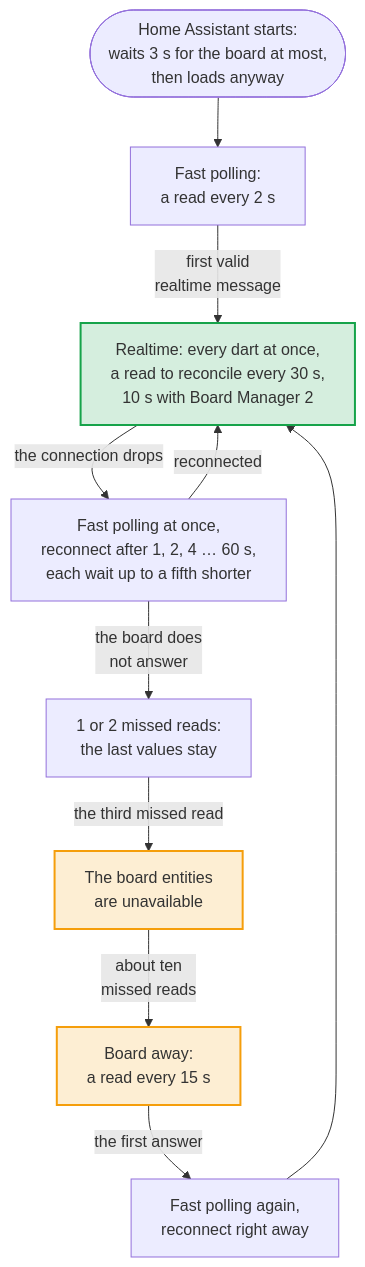
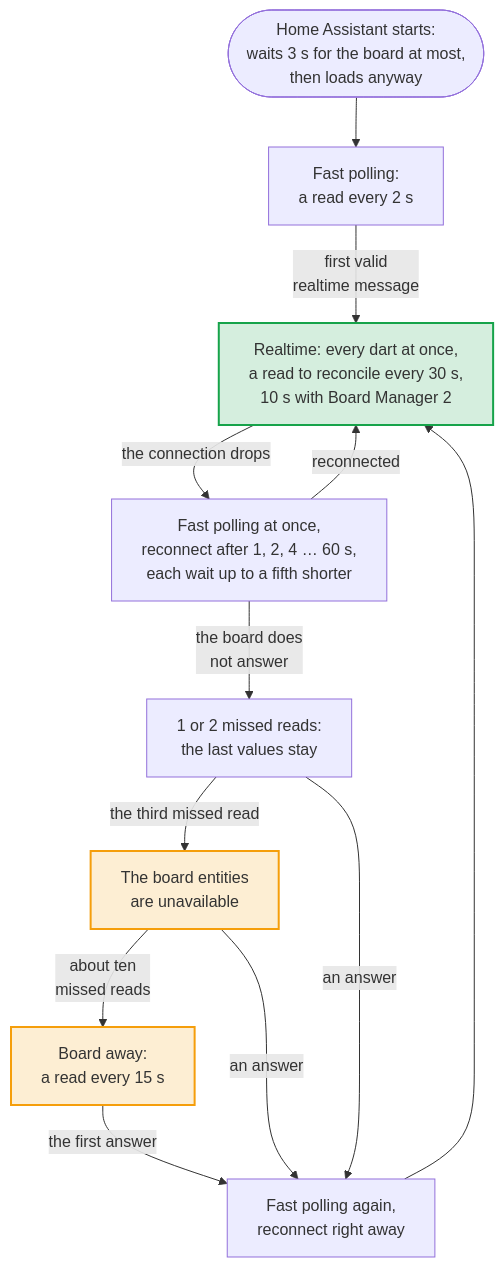
Before and after one commit to Dennis-Otto/ha-autodarts: the diagram in docs/diagrams/connection.en.mmd, drawn with Mermaid. The commit also changed 18 other files, not shown here.

First line of the commit message:
docs: correct the caller, connection and add-board diagrams

```diff
--- a/docs/diagrams/connection.en.mmd
+++ b/docs/diagrams/connection.en.mmd
@@ -1,21 +1,22 @@
 ---
 config:
   flowchart:
     wrappingWidth: 400
 ---
 flowchart TB
   accTitle: How the connection to the board behaves
-  accDescr: At the start, the integration waits three seconds for the board at most and then loads anyway, reading the board every 2 seconds. With the first valid realtime message, darts arrive at once and a read only reconciles every 30 seconds, every 10 seconds with Board Manager 2. When the realtime connection drops, the integration reads every 2 seconds again and reconnects after 1, 2, 4 up to 60 seconds, each wait up to a fifth shorter. Two missed reads in a row keep the last values; the third makes the board entities unavailable, and after about ten the board is asked every 15 seconds. Its first answer brings back fast polling and an immediate reconnect.
+  accDescr: At the start, the integration waits three seconds for the board at most and then loads anyway, reading the board every 2 seconds. With the first valid realtime message, darts arrive at once and a read only reconciles every 30 seconds, every 10 seconds with Board Manager 2. When the realtime connection drops, the integration reads every 2 seconds again and reconnects after 1, 2, 4 up to 60 seconds, each wait up to a fifth shorter. Two missed reads in a row keep the last values; the third makes the board entities unavailable, and any answer brings them back at once with fast polling and an immediate reconnect. Without an answer, after about ten missed reads the board is asked every 15 seconds. Its first answer brings back fast polling and an immediate reconnect.
   START(["Home Assistant starts:<br/>waits 3 s for the board at most,<br/>then loads anyway"]) --> FAST["Fast polling:<br/>a read every 2 s"]
   FAST -- "first valid<br/>realtime message" --> REALTIME["Realtime: every dart at once,<br/>a read to reconcile every 30 s,<br/>10 s with Board Manager 2"]
   REALTIME -- "the connection drops" --> RETRY["Fast polling at once,<br/>reconnect after 1, 2, 4 … 60 s,<br/>each wait up to a fifth shorter"]
   RETRY -- "reconnected" --> REALTIME
   RETRY -- "the board does<br/>not answer" --> HICCUP["1 or 2 missed reads:<br/>the last values stay"]
   HICCUP -- "the third missed read" --> UNAVAILABLE["The board entities<br/>are unavailable"]
   UNAVAILABLE -- "about ten<br/>missed reads" --> AWAY["Board away:<br/>a read every 15 s"]
   AWAY -- "the first answer" --> BACK["Fast polling again,<br/>reconnect right away"]
+  HICCUP & UNAVAILABLE -- "an answer" --> BACK
   BACK --> REALTIME
   classDef done fill:#16a34a2e,stroke:#16a34a,stroke-width:2px
   classDef warn fill:#f59e0b2e,stroke:#f59e0b,stroke-width:2px
   class REALTIME done
   class UNAVAILABLE,AWAY warn
```
